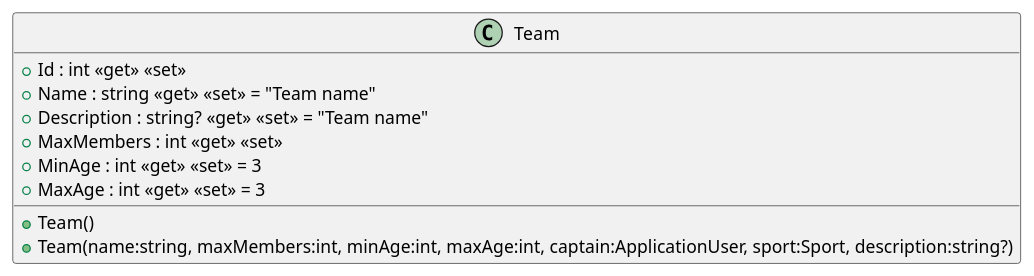
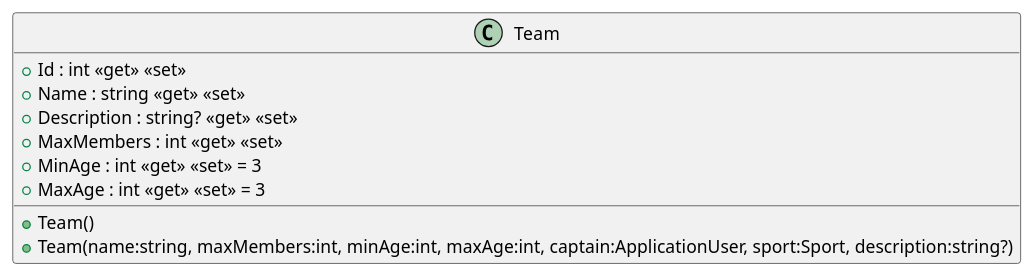
One commit to ISII2627Erasmus/Barca changed the diagram in src/AppForSEII.API/ClassDiagram/Team.puml. Above: the diagram before and after it, drawn with PlantUML. The commit also changed 2 other files, not shown here.

Commit message:
Remove placeholder defaults from Team and add TeamInvitations DbSet (#80)

```diff
--- a/src/AppForSEII.API/ClassDiagram/Team.puml
+++ b/src/AppForSEII.API/ClassDiagram/Team.puml
@@ -1,12 +1,12 @@
 @startuml
 class Team {
     + Team()
     + Team(name:string, maxMembers:int, minAge:int, maxAge:int, captain:ApplicationUser, sport:Sport, description:string?)
     + Id : int <<get>> <<set>>
-    + Name : string <<get>> <<set>> = "Team name"
-    + Description : string? <<get>> <<set>> = "Team name"
+    + Name : string <<get>> <<set>>
+    + Description : string? <<get>> <<set>>
     + MaxMembers : int <<get>> <<set>>
     + MinAge : int <<get>> <<set>> = 3
     + MaxAge : int <<get>> <<set>> = 3
 }
 @enduml
```
